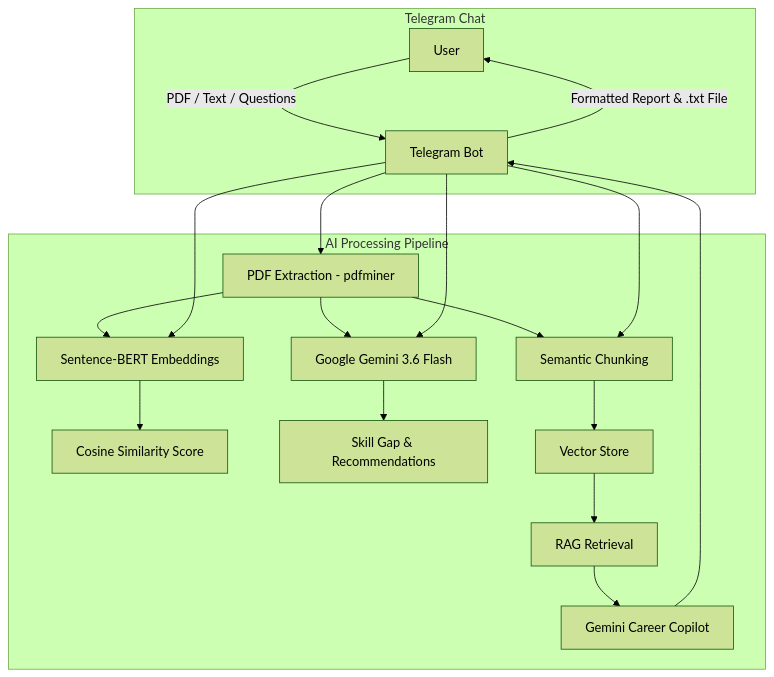
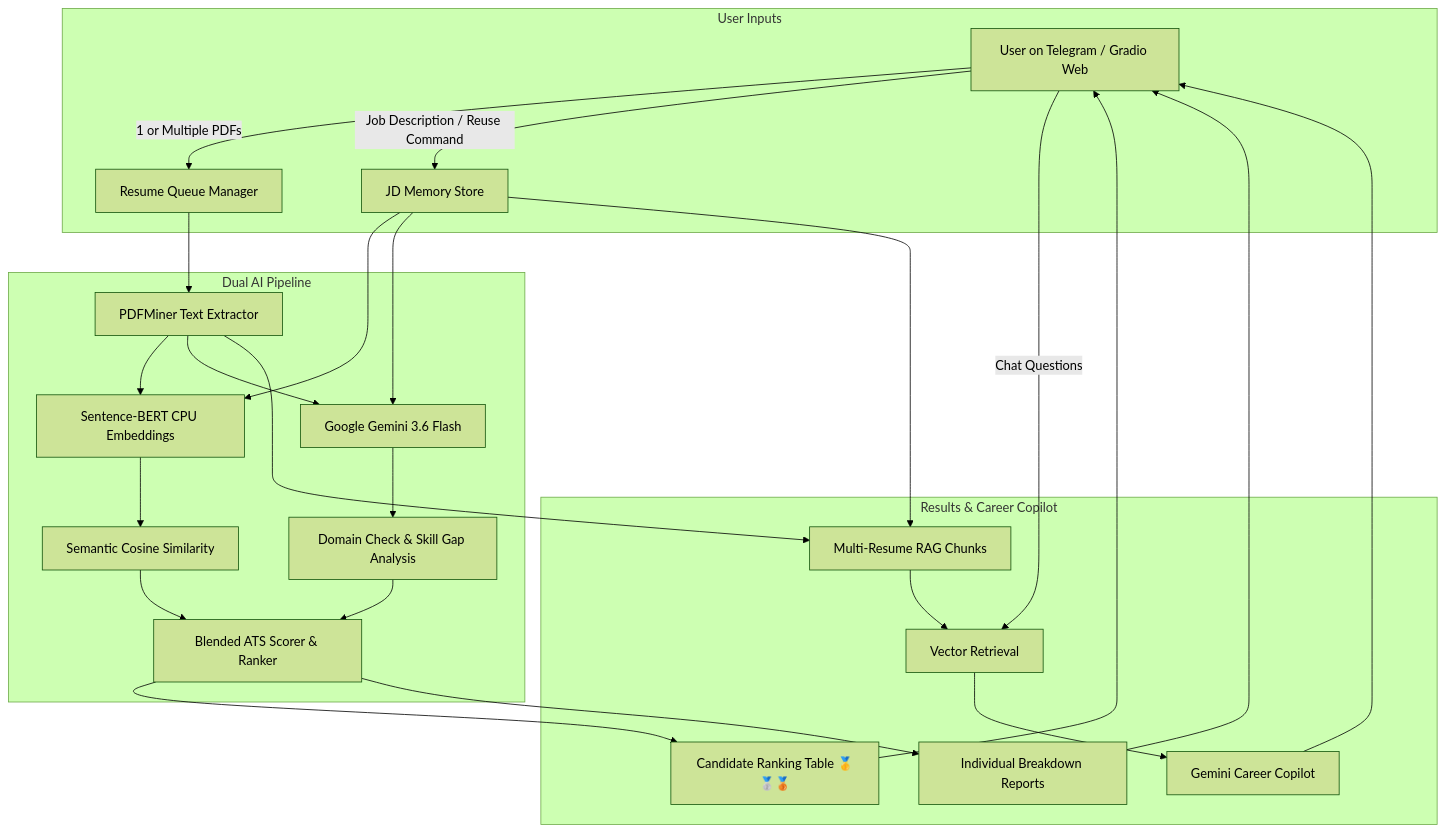
Before and after one commit to Sivaram1024/ATS_score: the diagram in README.md, drawn with Mermaid (forest theme). The commit also changed other lines of this file, not shown here.

Commit message:
docs: update README with multi-resume workflow, accurate scoring, and 24/7 deployment guide

````diff
--- a/README.md
+++ b/README.md
@@ -76,25 +84,30 @@
 ```mermaid
 flowchart TD
-  subgraph Telegram [Telegram Chat]
-    U[User] -->|PDF / Text / Questions| BOT[Telegram Bot]
-    BOT -->|Formatted Report & .txt File| U
+  subgraph Input [User Inputs]
+    U[User on Telegram / Gradio Web] -->|1 or Multiple PDFs| QUEUE[Resume Queue Manager]
+    U -->|Job Description / Reuse Command| JDMEM[JD Memory Store]
   end
 
-  subgraph Pipeline [AI Processing Pipeline]
-    BOT --> PDF[PDF Extraction - pdfminer]
-    PDF --> BERT[Sentence-BERT Embeddings]
-    BOT --> BERT
-    BERT --> SIM[Cosine Similarity Score]
+  subgraph Processing [Dual AI Pipeline]
+    QUEUE --> PARSE[PDFMiner Text Extractor]
+    PARSE --> BERT[Sentence-BERT CPU Embeddings]
+    JDMEM --> BERT
+    BERT --> SIM[Semantic Cosine Similarity]
 
-    PDF --> GEM[Google Gemini 3.6 Flash]
-    BOT --> GEM
-    GEM --> SKILLS[Skill Gap & Recommendations]
+    PARSE --> GEM[Google Gemini 3.6 Flash]
+    JDMEM --> GEM
+    GEM --> AUDIT[Domain Check & Skill Gap Analysis]
 
-    PDF --> CHUNK[Semantic Chunking]
-    BOT --> CHUNK
-    CHUNK --> VEC[Vector Store]
-    VEC --> RAG[RAG Retrieval]
-    RAG --> COPILOT[Gemini Career Copilot]
-    COPILOT --> BOT
+    SIM & AUDIT --> BLEND[Blended ATS Scorer & Ranker]
+  end
+
+  subgraph Output [Results & Career Copilot]
+    BLEND --> RANK[Candidate Ranking Table 🥇🥈🥉]
+    BLEND --> REPORT[Individual Breakdown Reports]
+    PARSE & JDMEM --> CHUNKS[Multi-Resume RAG Chunks]
+    CHUNKS --> RAGRET[Vector Retrieval]
+    U -->|Chat Questions| RAGRET
+    RAGRET --> COPILOT[Gemini Career Copilot]
+    RANK & REPORT & COPILOT --> U
   end
 ```
````
